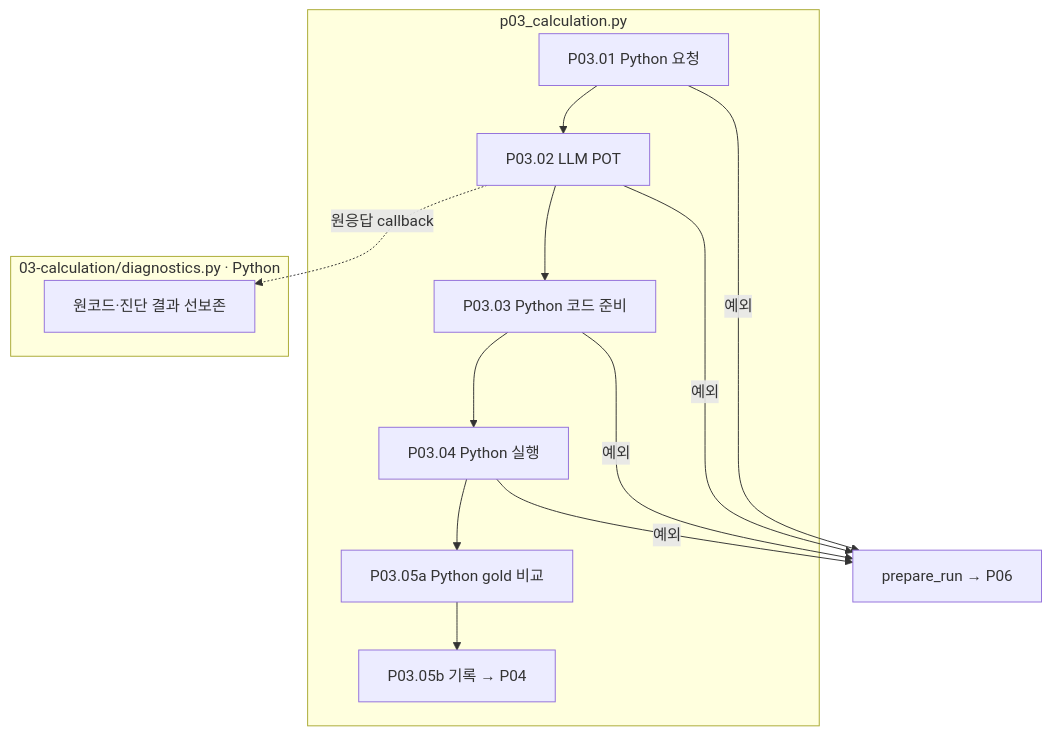
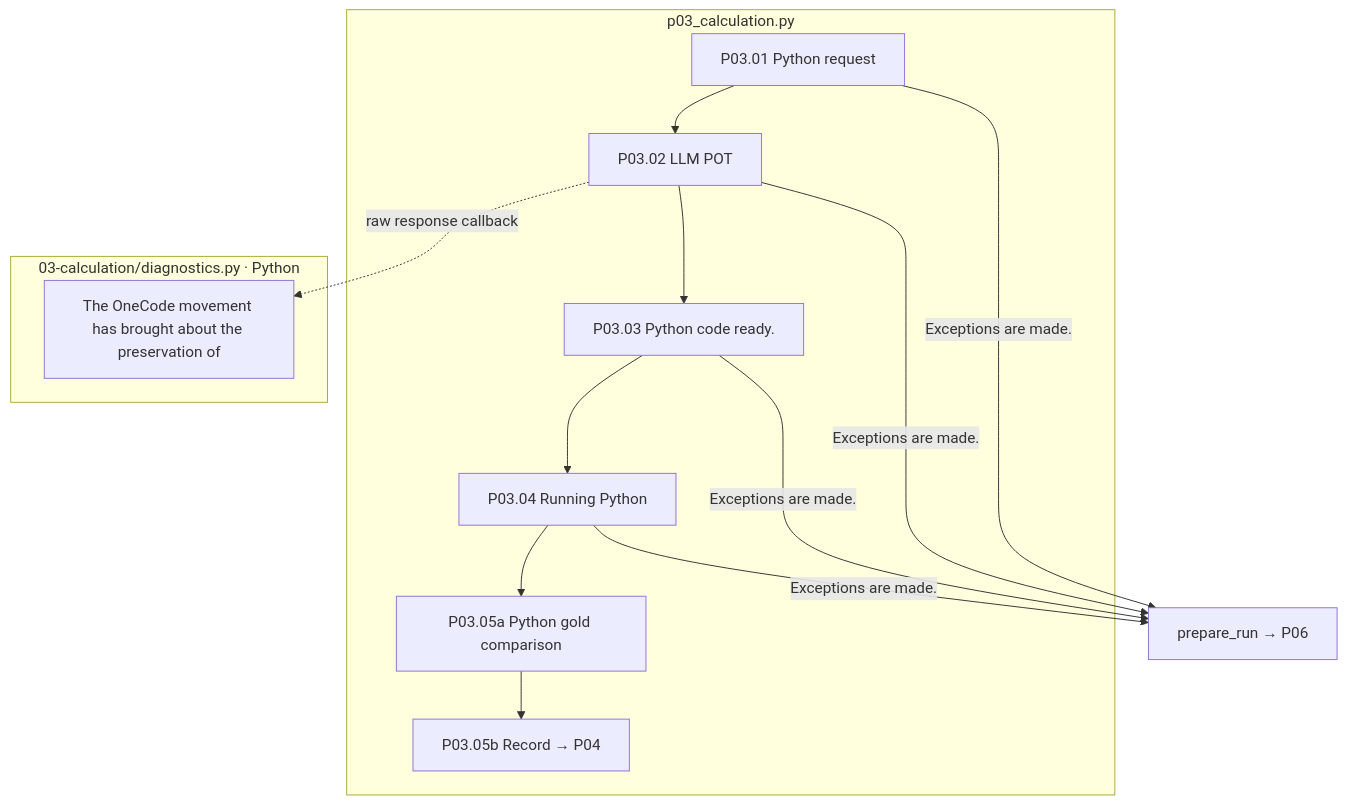
Before and after one commit to pnu-clink/finject: the diagram in src/finarch/documentation/templates/stages/01-dataset/01-preparation/03-calculation/README.md, drawn with Mermaid. The commit also changed other lines of this file and 644 other files, not shown here.

````diff
--- a/src/finarch/documentation/templates/stages/01-dataset/01-preparation/03-calculation/README.md
+++ b/src/finarch/documentation/templates/stages/01-dataset/01-preparation/03-calculation/README.md
@@ -25,12 +25,12 @@
 ```mermaid
 flowchart TD
  subgraph P["p03_calculation.py"]
-  A["P03.01 Python 요청"] --> B["P03.02 LLM POT"]
-  B --> C["P03.03 Python 코드 준비"] --> D["P03.04 Python 실행"]
-  D --> E["P03.05a Python gold 비교"] --> F["P03.05b 기록 → P04"]
+  A["P03.01 Python request"] --> B["P03.02 LLM POT"]
+  B --> C["P03.03 Python code ready."] --> D["P03.04 Running Python"]
+  D --> E["P03.05a Python gold comparison"] --> F["P03.05b Record → P04"]
  end
  subgraph DI["03-calculation/diagnostics.py · Python"]
-  B -. 원응답 callback .-> R["원코드·진단 결과 선보존"]
+  B -. raw response callback .-> R["The OneCode movement has brought about the preservation of"]
  end
- A & B & C & D -->|예외| X["prepare_run → P06"]
+ A & B & C & D -->|Exceptions are made.| X["prepare_run → P06"]
 ```
````
